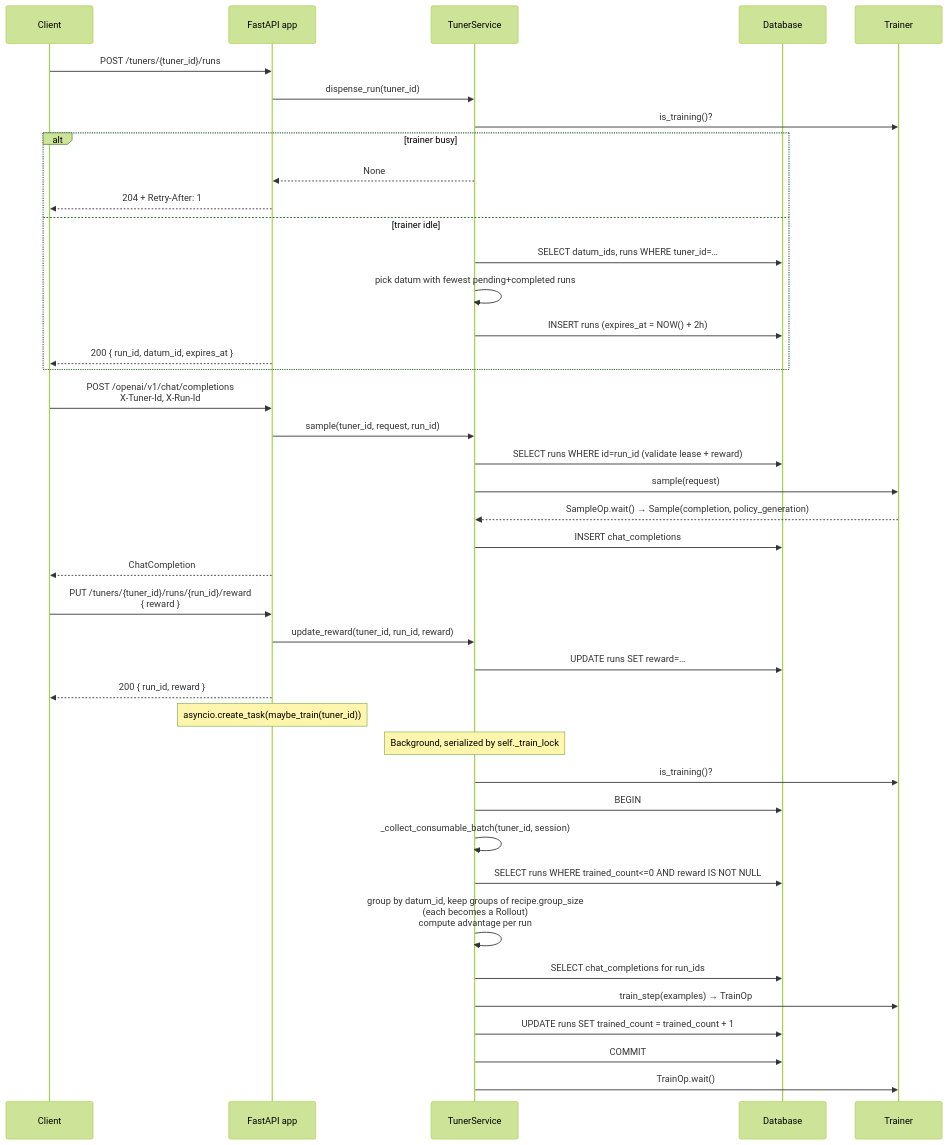
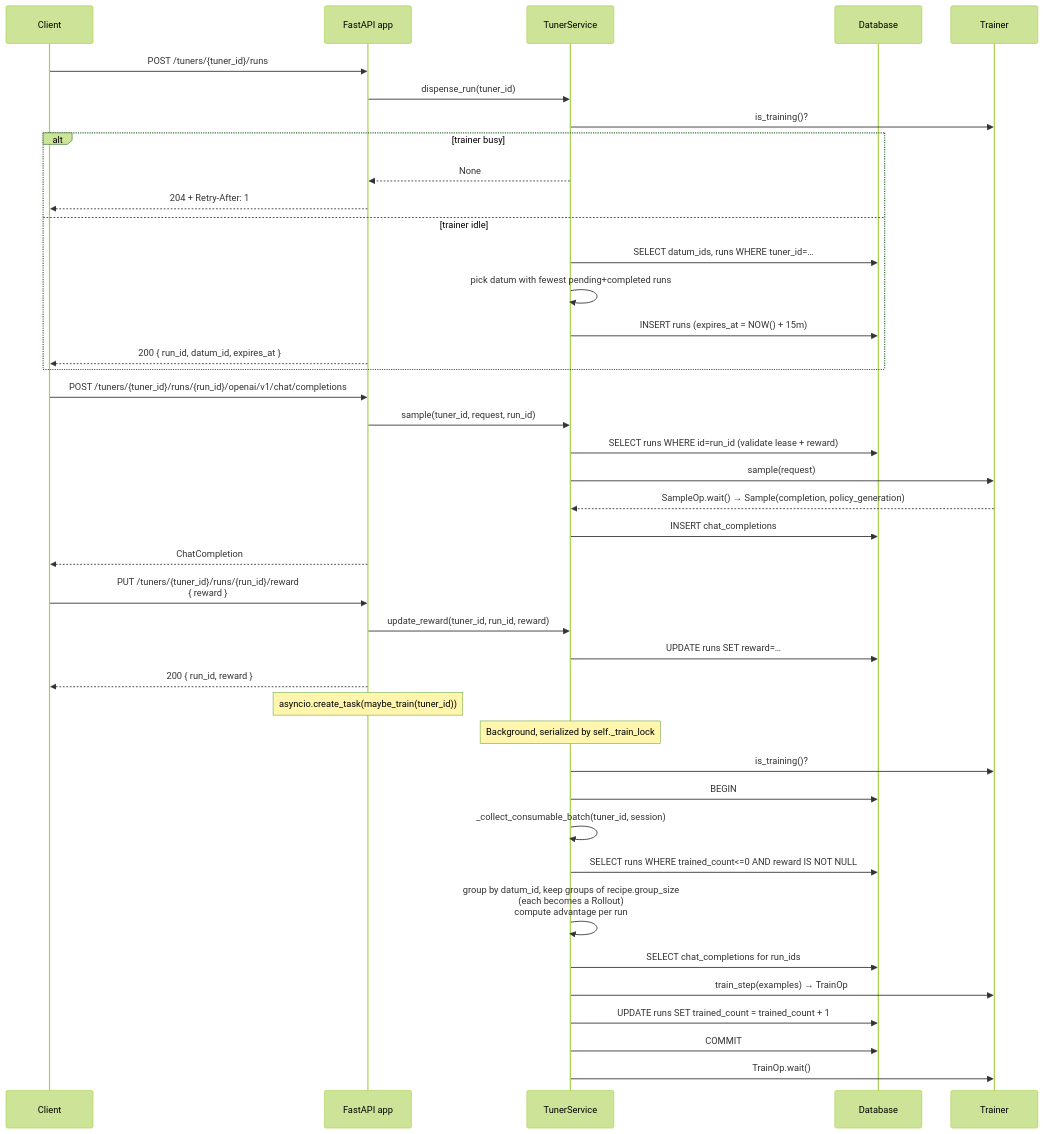
The second of 2 diagrams in .agents/skills/dev/references/data-model.md (wsxiaoys/ollie-rl), drawn with Mermaid (forest theme) before and after one commit. The commit also changed other lines of this file and 8 other files, not shown here.

Commit message:
fix: update API endpoints to use path-addressed structure for run assignments and completions

````diff
--- a/.agents/skills/dev/references/data-model.md
+++ b/.agents/skills/dev/references/data-model.md
@@ -123,48 +124,48 @@
 ```mermaid
 sequenceDiagram
     participant Client
     participant API as FastAPI app
     participant TS as TunerService
     participant DB as Database
     participant T as Trainer
 
     Client->>API: POST /tuners/{tuner_id}/runs
     API->>TS: dispense_run(tuner_id)
     TS->>T: is_training()?
     alt trainer busy
         TS-->>API: None
         API-->>Client: 204 + Retry-After: 1
     else trainer idle
         TS->>DB: SELECT datum_ids, runs WHERE tuner_id=…
         TS->>TS: pick datum with fewest pending+completed runs
-        TS->>DB: INSERT runs (expires_at = NOW() + 2h)
+        TS->>DB: INSERT runs (expires_at = NOW() + 15m)
         API-->>Client: 200 { run_id, datum_id, expires_at }
     end
 
-    Client->>API: POST /openai/v1/chat/completions<br/>X-Tuner-Id, X-Run-Id
+    Client->>API: POST /tuners/{tuner_id}/runs/{run_id}/openai/v1/chat/completions
     API->>TS: sample(tuner_id, request, run_id)
     TS->>DB: SELECT runs WHERE id=run_id (validate lease + reward)
     TS->>T: sample(request)
     T-->>TS: SampleOp.wait() → Sample(completion, policy_generation)
     TS->>DB: INSERT chat_completions
     API-->>Client: ChatCompletion
 
     Client->>API: PUT /tuners/{tuner_id}/runs/{run_id}/reward<br/>{ reward }
     API->>TS: update_reward(tuner_id, run_id, reward)
     TS->>DB: UPDATE runs SET reward=…
     API-->>Client: 200 { run_id, reward }
 
     Note over API: asyncio.create_task(maybe_train(tuner_id))
 
     Note over TS: Background, serialized by self._train_lock
     TS->>T: is_training()?
     TS->>DB: BEGIN
     TS->>TS: _collect_consumable_batch(tuner_id, session)
     TS->>DB: SELECT runs WHERE trained_count<=0 AND reward IS NOT NULL
     TS->>TS: group by datum_id, keep groups of recipe.group_size<br/>(each becomes a Rollout)<br/>compute advantage per run
     TS->>DB: SELECT chat_completions for run_ids
     TS->>T: train_step(examples) → TrainOp
     TS->>DB: UPDATE runs SET trained_count = trained_count + 1
     TS->>DB: COMMIT
     TS->>T: TrainOp.wait()
 ```
````
